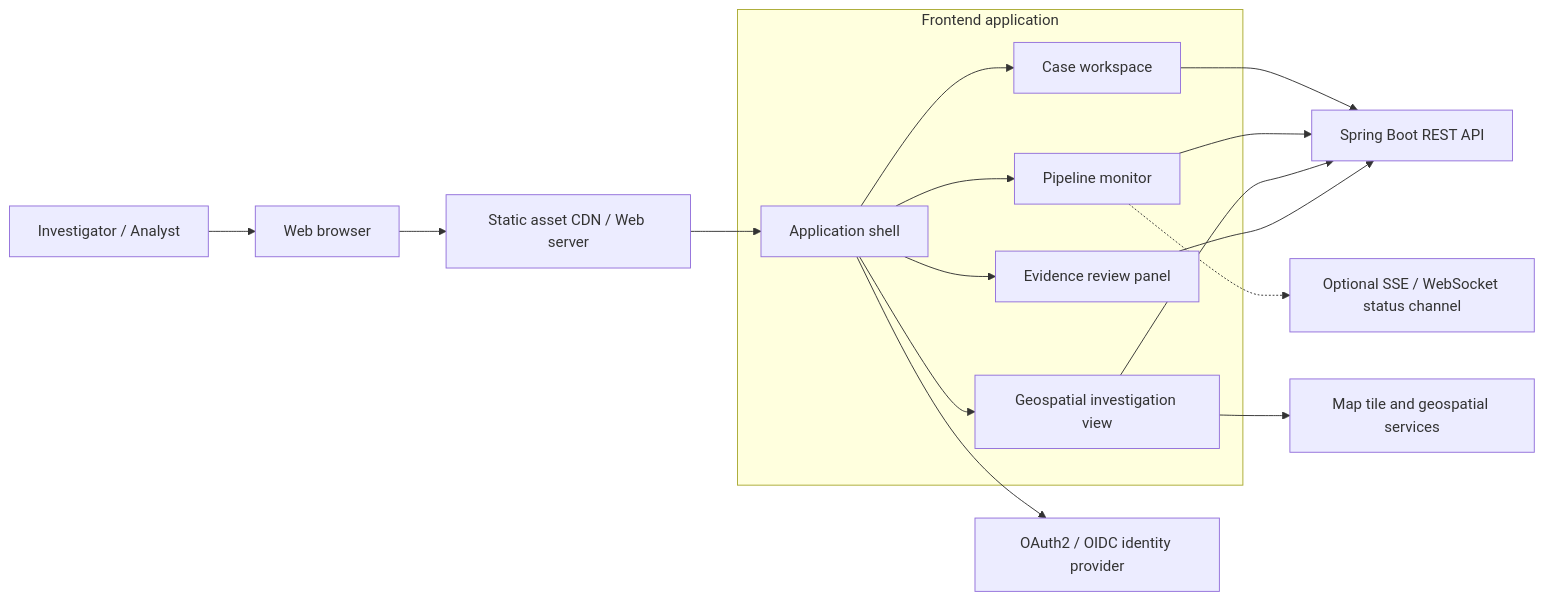
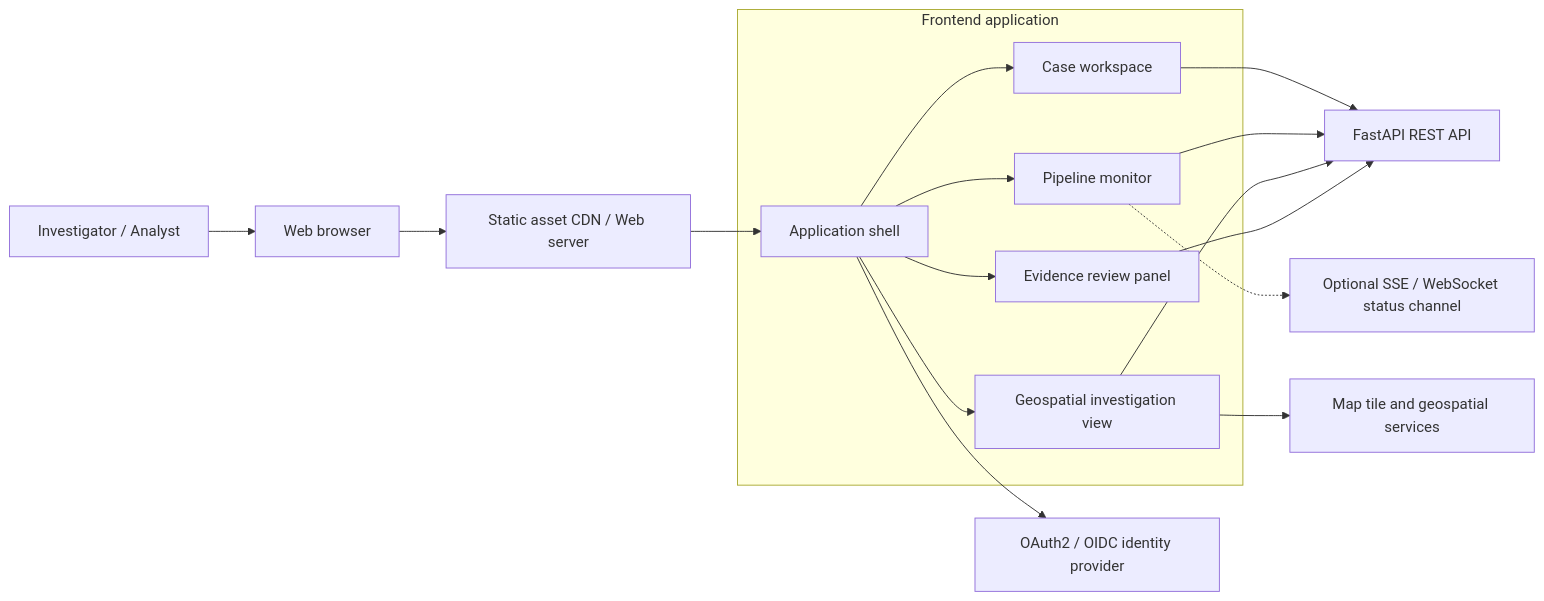
Before and after one commit to ankushkumar14092-dot/sih-architecture: diagram 18 of 25 in ai-ml-maritime-oil-spill-architecture.md, drawn with Mermaid. The commit also changed other lines of this file and 1 other file, not shown here.

Commit message:
Document FastAPI architecture and implementation plan

````diff
--- a/ai-ml-maritime-oil-spill-architecture.md
+++ b/ai-ml-maritime-oil-spill-architecture.md
@@ -1195,31 +1195,31 @@
 ```mermaid
 flowchart LR
     ANALYST["Investigator / Analyst"]
     BROWSER["Web browser"]
     CDN["Static asset CDN / Web server"]
-    API["Spring Boot REST API"]
+    API["FastAPI REST API"]
     WS["Optional SSE / WebSocket status channel"]
     MAP["Map tile and geospatial services"]
     IDP["OAuth2 / OIDC identity provider"]
 
     subgraph FRONTEND["Frontend application"]
         SHELL["Application shell"]
         CASES["Case workspace"]
         PIPELINE["Pipeline monitor"]
         MAPVIEW["Geospatial investigation view"]
         EVIDENCE["Evidence review panel"]
     end
 
     ANALYST --> BROWSER --> CDN --> SHELL
     SHELL --> CASES
     SHELL --> PIPELINE
     SHELL --> MAPVIEW
     SHELL --> EVIDENCE
     CASES --> API
     PIPELINE --> API
     PIPELINE -.-> WS
     MAPVIEW --> API
     MAPVIEW --> MAP
     EVIDENCE --> API
     SHELL --> IDP
 ```
````
